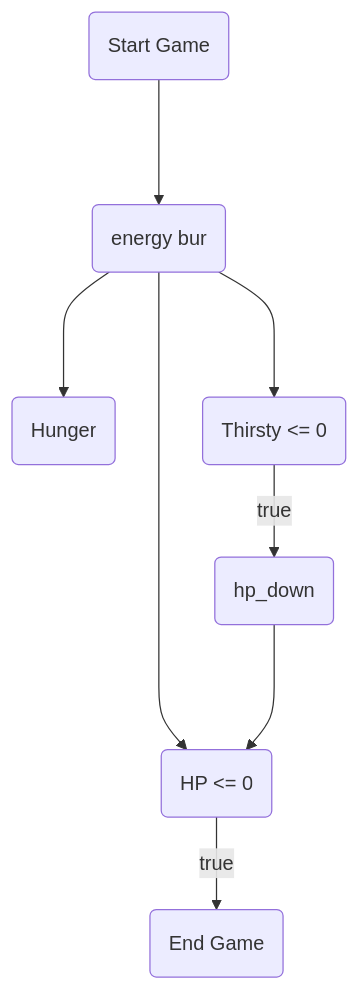
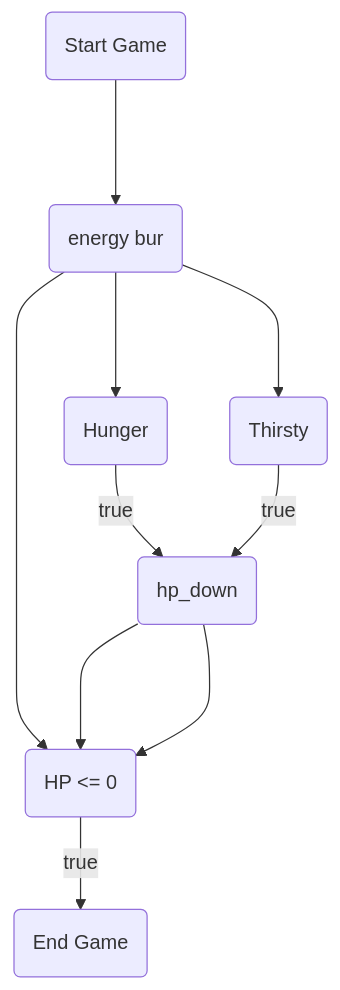
One commit to SSProgamer/C-Project changed the diagram in need me.md. Above: the diagram before and after it, drawn with Mermaid.

Commit message:
Update need me.md

````diff
--- a/need me.md
+++ b/need me.md
@@ -35,8 +35,7 @@
 ```mermaid
 flowchart TD
 start(Start Game) ---> stack(energy bur) --->hp
-stack(energy bur) --->Hunger(Hunger)
-stack(energy bur) --->Thirsty(Thirsty)
-Thirsty(Thirsty <= 0) --true--> hp_down(hp_down) ---> hp
+stack(energy bur) --->Hunger(Hunger) --true--> hp_down(hp_down) ---> hp
+stack(energy bur) --->Thirsty(Thirsty) --true--> hp_down(hp_down) ---> hp
 hp(HP <= 0) --true--> e(End Game)
 ```
````
